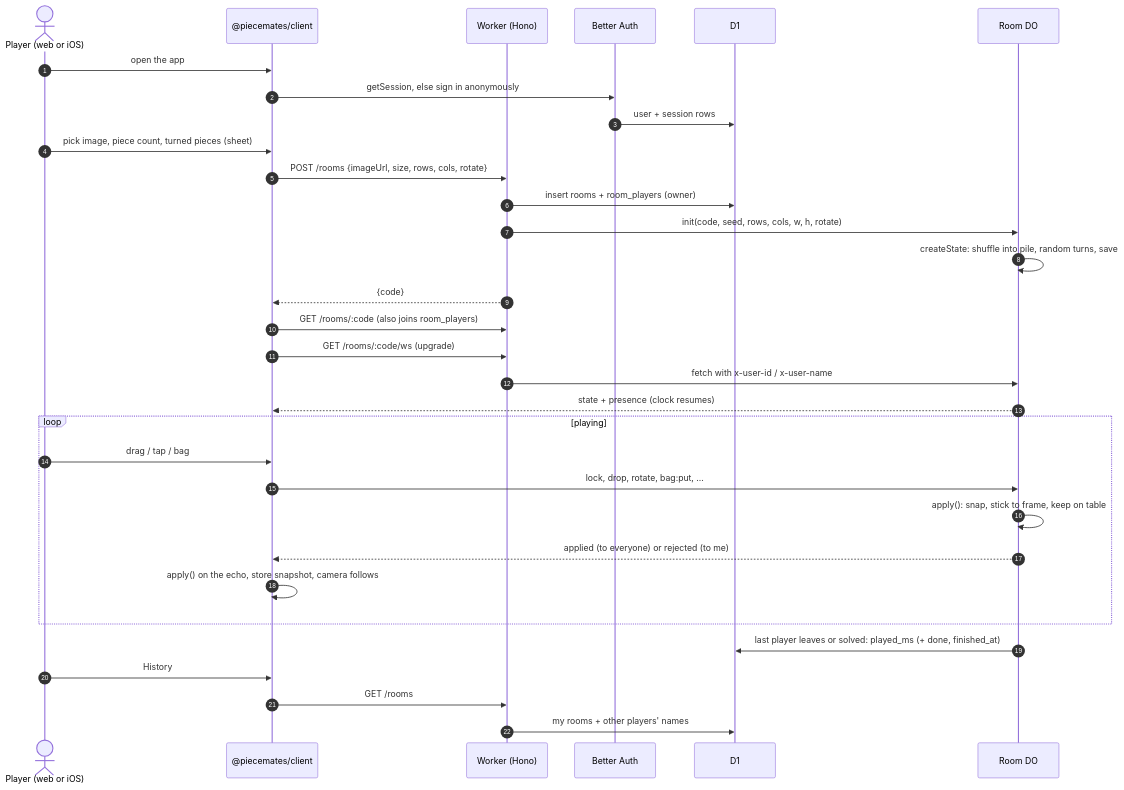
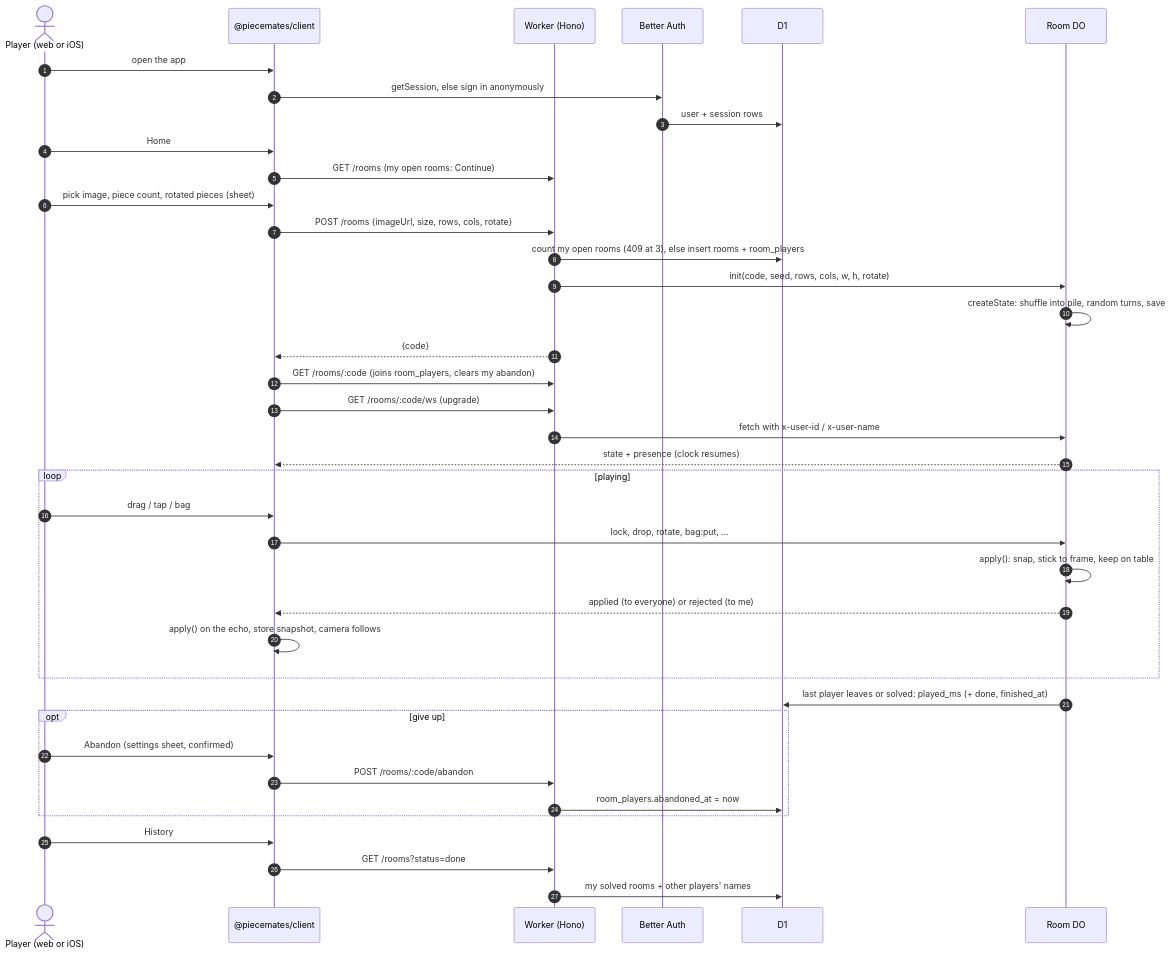
Before and after one commit to fatihkayan20/piecemates: the second of 2 diagrams in ARCHITECTURE.md, drawn with Mermaid. The commit also changed other lines of this file and 2 other files, not shown here.

Commit message:
docs: tabs, Continue, abandon and open-room limit in the diagram and roadmap; keep the diagram in sync

````diff
--- a/ARCHITECTURE.md
+++ b/ARCHITECTURE.md
@@ -70,35 +70,42 @@
 ```mermaid
 sequenceDiagram
   autonumber
   actor P as Player (web or iOS)
   participant C as @piecemates/client
   participant W as Worker (Hono)
   participant A as Better Auth
   participant D1 as D1
   participant R as Room DO
 
   P->>C: open the app
   C->>A: getSession, else sign in anonymously
   A->>D1: user + session rows
-  P->>C: pick image, piece count, turned pieces (sheet)
+  P->>C: Home
+  C->>W: GET /rooms (my open rooms: Continue)
+  P->>C: pick image, piece count, rotated pieces (sheet)
   C->>W: POST /rooms {imageUrl, size, rows, cols, rotate}
-  W->>D1: insert rooms + room_players (owner)
+  W->>D1: count my open rooms (409 at 3), else insert rooms + room_players
   W->>R: init(code, seed, rows, cols, w, h, rotate)
   R->>R: createState: shuffle into pile, random turns, save
   W-->>C: {code}
-  C->>W: GET /rooms/:code (also joins room_players)
+  C->>W: GET /rooms/:code (joins room_players, clears my abandon)
   C->>W: GET /rooms/:code/ws (upgrade)
   W->>R: fetch with x-user-id / x-user-name
   R-->>C: state + presence (clock resumes)
   loop playing
     P->>C: drag / tap / bag
     C->>R: lock, drop, rotate, bag:put, ...
     R->>R: apply(): snap, stick to frame, keep on table
     R-->>C: applied (to everyone) or rejected (to me)
     C->>C: apply() on the echo, store snapshot, camera follows
   end
   R->>D1: last player leaves or solved: played_ms (+ done, finished_at)
+  opt give up
+    P->>C: Abandon (settings sheet, confirmed)
+    C->>W: POST /rooms/:code/abandon
+    W->>D1: room_players.abandoned_at = now
+  end
   P->>C: History
-  C->>W: GET /rooms
-  W->>D1: my rooms + other players' names
+  C->>W: GET /rooms?status=done
+  W->>D1: my solved rooms + other players' names
 ```
````
